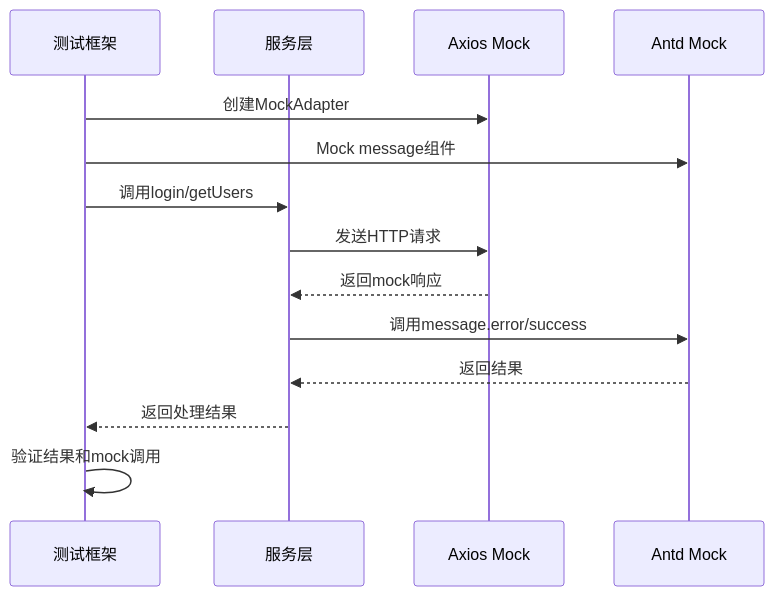
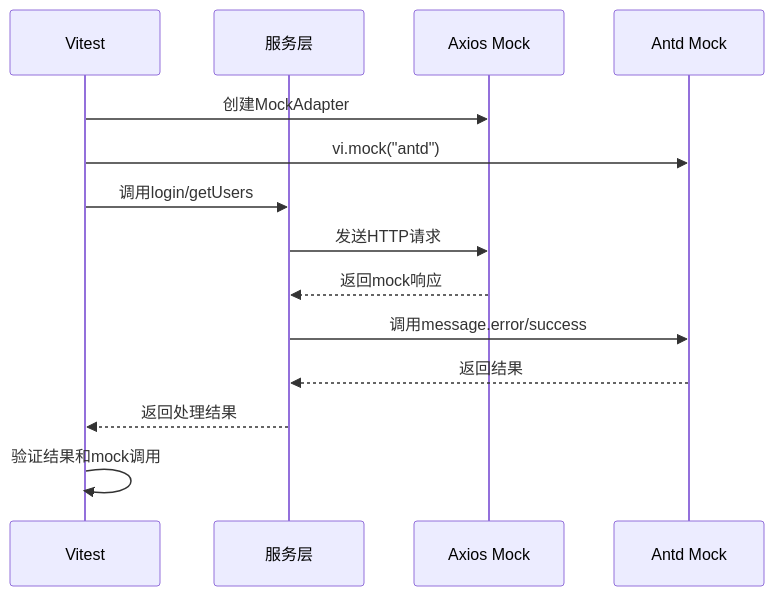
Before and after one commit to fengerzh/react-vscode-template: the third of 11 diagrams in .qoder/repowiki/zh/content/测试策略/单元测试.md, drawn with Mermaid. The commit also changed other lines of this file and 15 other files, not shown here.

````diff
--- a/.qoder/repowiki/zh/content/测试策略/单元测试.md
+++ b/.qoder/repowiki/zh/content/测试策略/单元测试.md
@@ -108,16 +129,16 @@
 ```mermaid
 sequenceDiagram
-participant 测试框架 as 测试框架
+participant 测试框架 as Vitest
 participant 服务层 as 服务层
 participant AxiosMock as Axios Mock
 participant AntdMock as Antd Mock
 测试框架->>AxiosMock : 创建MockAdapter
-测试框架->>AntdMock : Mock message组件
+测试框架->>AntdMock : vi.mock("antd")
 测试框架->>服务层 : 调用login/getUsers
 服务层->>AxiosMock : 发送HTTP请求
 AxiosMock-->>服务层 : 返回mock响应
 服务层->>AntdMock : 调用message.error/success
 AntdMock-->>服务层 : 返回结果
 服务层-->>测试框架 : 返回处理结果
 测试框架->>测试框架 : 验证结果和mock调用
 ```
````
